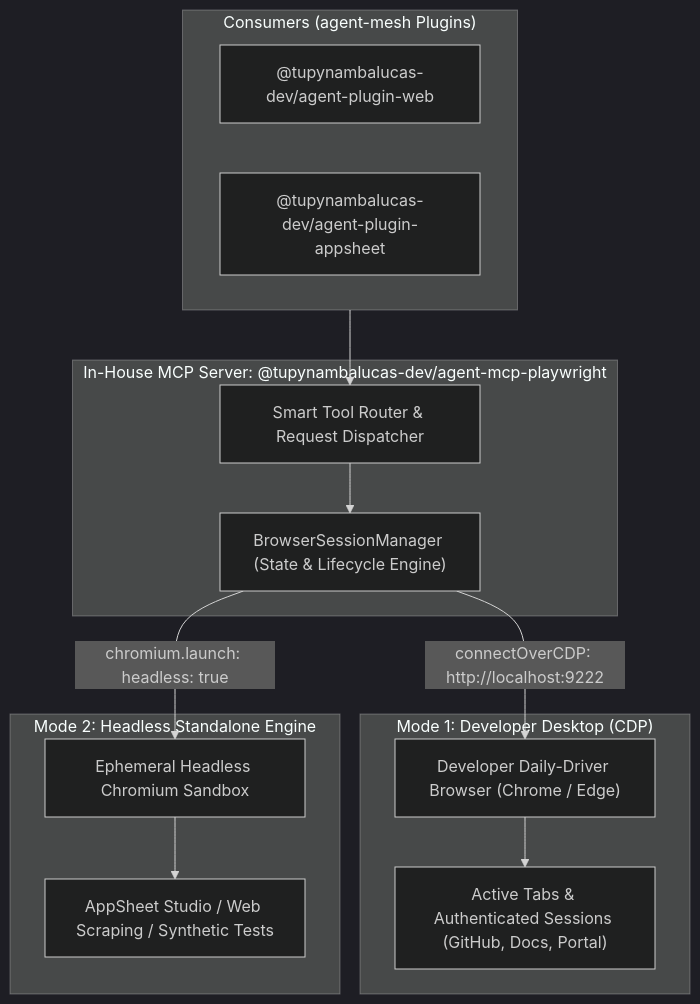
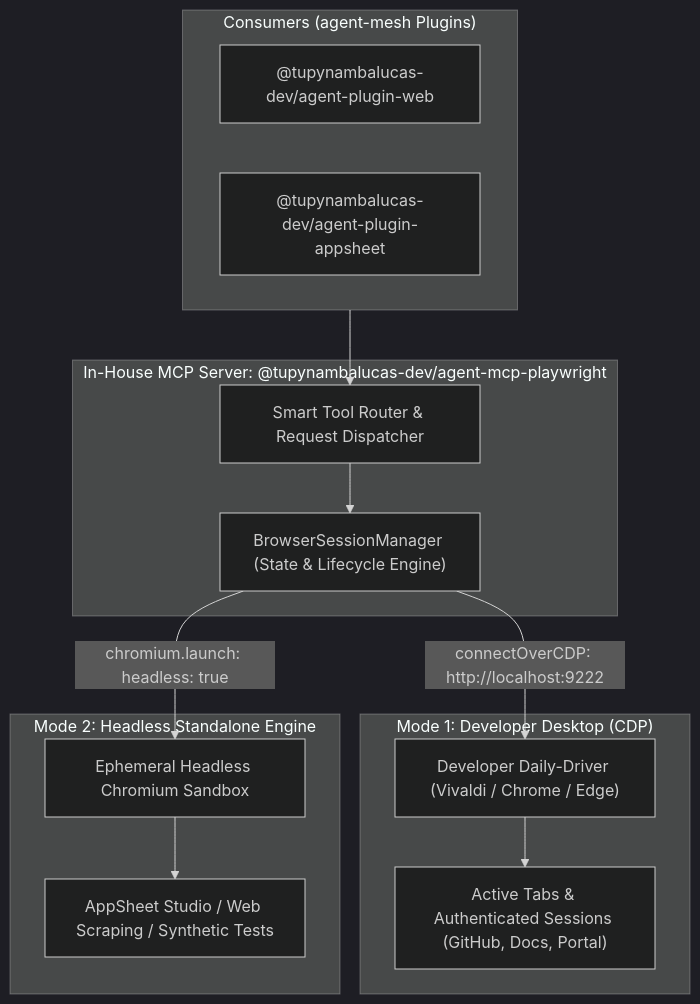
Before and after one commit to tupynambalucas-dev/agent-mesh: the first of 3 diagrams in references/playwright-in-house-mcp-architecture-and-dual-mode-spec.md, drawn with Mermaid (dark theme). The commit also changed other lines of this file and 1 other file, not shown here.

Commit message:
docs(playwright): add vivaldi cdp integration and browser ecosystem evaluation

````diff
--- a/references/playwright-in-house-mcp-architecture-and-dual-mode-spec.md
+++ b/references/playwright-in-house-mcp-architecture-and-dual-mode-spec.md
@@ -24,26 +24,26 @@
 ```mermaid
 graph TD
   subgraph Consumers ["Consumers (agent-mesh Plugins)"]
     WebPlugin["@tupynambalucas-dev/agent-plugin-web"]
     AppSheetPlugin["@tupynambalucas-dev/agent-plugin-appsheet"]
   end
 
   subgraph MCP ["In-House MCP Server: @tupynambalucas-dev/agent-mcp-playwright"]
     Router["Smart Tool Router & Request Dispatcher"]
     SessionMgr["BrowserSessionManager (State & Lifecycle Engine)"]
     
     Router --> SessionMgr
   end
 
   subgraph Mode1 ["Mode 1: Developer Desktop (CDP)"]
-    SessionMgr -->|connectOverCDP: http://localhost:9222| RealBrowser["Developer Daily-Driver Browser (Chrome / Edge)"]
+    SessionMgr -->|connectOverCDP: http://localhost:9222| RealBrowser["Developer Daily-Driver (Vivaldi / Chrome / Edge)"]
     RealBrowser --> Tabs["Active Tabs & Authenticated Sessions (GitHub, Docs, Portal)"]
   end
 
   subgraph Mode2 ["Mode 2: Headless Standalone Engine"]
     SessionMgr -->|chromium.launch: headless: true| Sandbox["Ephemeral Headless Chromium Sandbox"]
     Sandbox --> Automation["AppSheet Studio / Web Scraping / Synthetic Tests"]
   end
 
   Consumers --> Router
 ```
````
